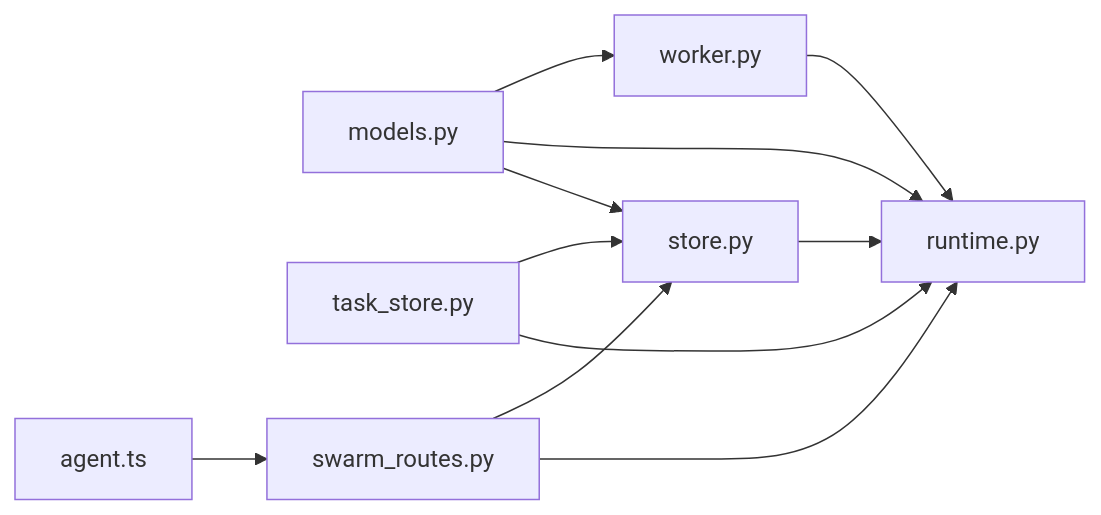
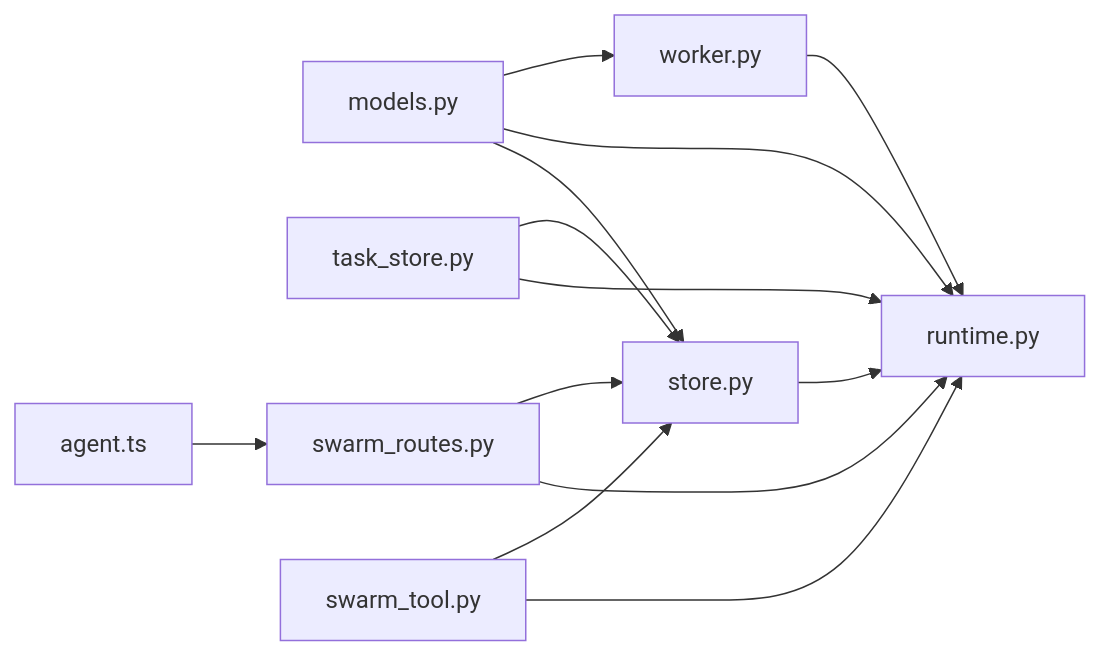
Before and after one commit to 20012002er/Vibe-Trading: the tenth of 10 diagrams in .qoder/repowiki/zh/content/前端应用/页面功能/研究页面（Agent）/状态管理/Swarm运行状态管理.md, drawn with Mermaid. The commit also changed other lines of this file and 7 other files, not shown here.

````diff
--- a/.qoder/repowiki/zh/content/前端应用/页面功能/研究页面（Agent）/状态管理/Swarm运行状态管理.md
+++ b/.qoder/repowiki/zh/content/前端应用/页面功能/研究页面（Agent）/状态管理/Swarm运行状态管理.md
@@ -356,13 +409,15 @@
 ```mermaid
 graph LR
 models["models.py"] --> store["store.py"]
 models --> runtime["runtime.py"]
 models --> worker["worker.py"]
 store --> runtime
 task_store["task_store.py"] --> runtime
 task_store --> store
 worker --> runtime
 routes["swarm_routes.py"] --> runtime
 routes --> store
+swarm_tool["swarm_tool.py"] --> runtime
+swarm_tool --> store
 frontend["agent.ts"] --> routes
 ```
````
